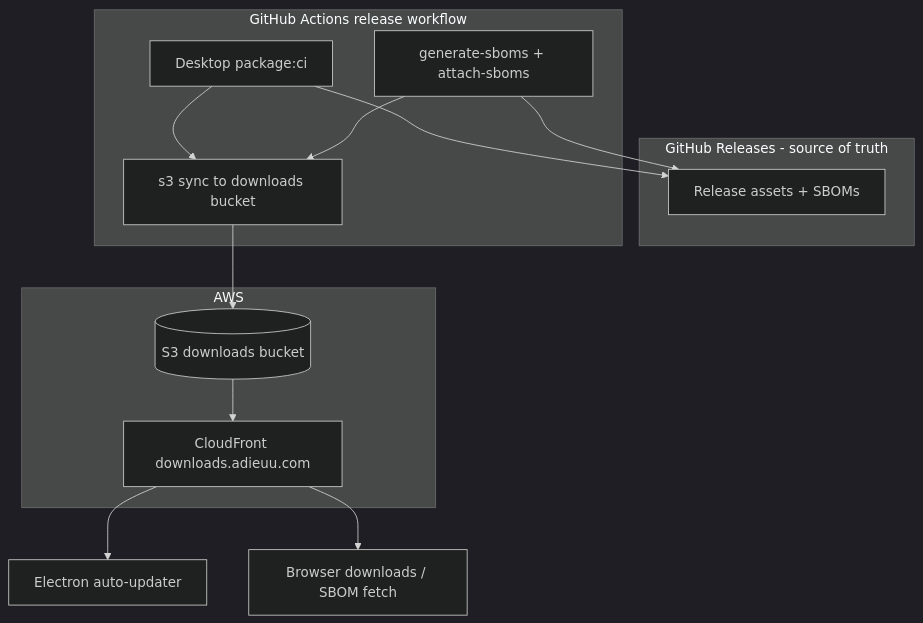
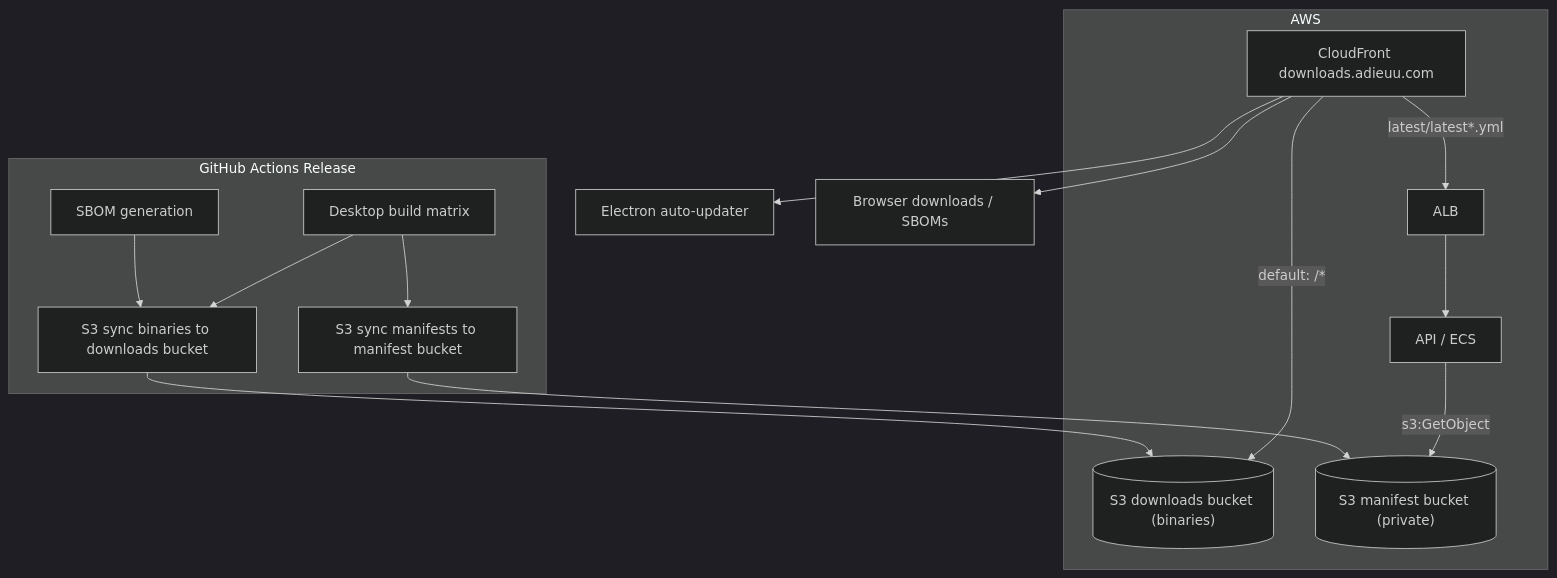
The diagram in docs/deployment/desktop-updates-s3-cf.md (Adieuu-LLC/adieuu-2026), drawn with Mermaid (dark theme) before and after one commit. The commit also changed other lines of this file and 16 other files, not shown here.

````diff
--- a/docs/deployment/desktop-updates-s3-cf.md
+++ b/docs/deployment/desktop-updates-s3-cf.md
@@ -22,23 +27,27 @@
 ```mermaid
 flowchart TB
-  subgraph github [GitHub Releases - source of truth]
-    GHRelease[Release assets + SBOMs]
-  end
-  subgraph ci [GitHub Actions release workflow]
-    DesktopBuild[Desktop package:ci]
-    SBOMs[generate-sboms + attach-sboms]
-    SyncS3[s3 sync to downloads bucket]
-    DesktopBuild --> GHRelease
-    SBOMs --> GHRelease
-    DesktopBuild --> SyncS3
-    SBOMs --> SyncS3
+  subgraph ci [GitHub Actions Release]
+    Build[Desktop build matrix]
+    SBOMs[SBOM generation]
+    SyncBinaries["S3 sync binaries to downloads bucket"]
+    SyncManifests["S3 sync manifests to manifest bucket"]
+    Build --> SyncBinaries
+    Build --> SyncManifests
+    SBOMs --> SyncBinaries
   end
   subgraph aws [AWS]
-    S3[(S3 downloads bucket)]
-    CF[CloudFront downloads.adieuu.com]
-    S3 --> CF
+    S3Downloads[("S3 downloads bucket (binaries)")]
+    S3Manifests[("S3 manifest bucket (private)")]
+    API[API / ECS]
+    ALB[ALB]
+    CF["CloudFront downloads.adieuu.com"]
+    CF -->|"default: /*"| S3Downloads
+    CF -->|"latest/latest*.yml"| ALB
+    ALB --> API
+    API -->|"s3:GetObject"| S3Manifests
   end
-  SyncS3 --> S3
+  SyncBinaries --> S3Downloads
+  SyncManifests --> S3Manifests
   CF --> Electron[Electron auto-updater]
-  CF --> Humans[Browser downloads / SBOM fetch]
+  CF --> Browser[Browser downloads / SBOMs]
 ```
````
